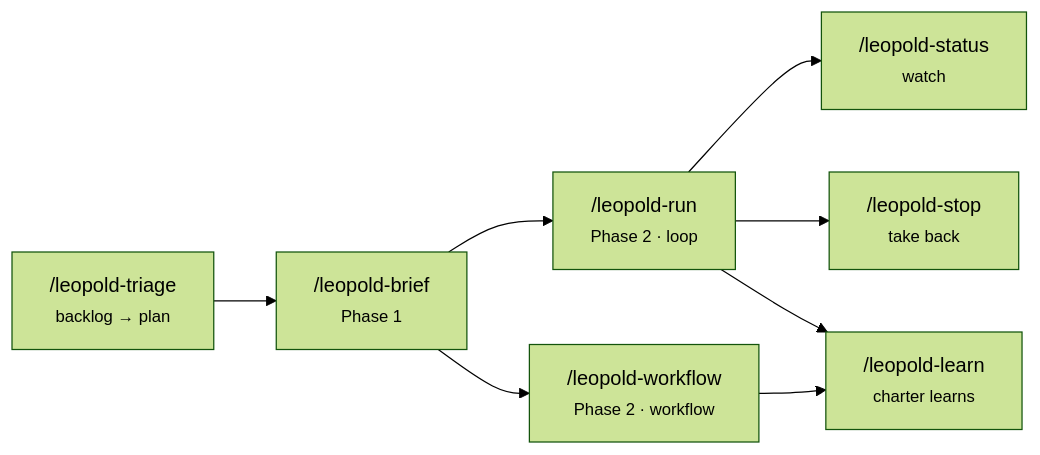
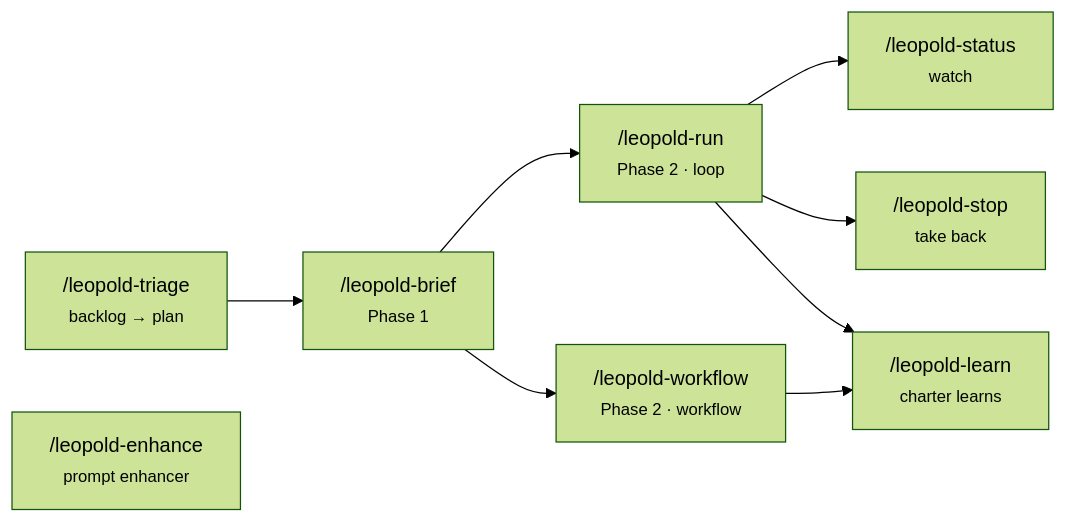
One commit to Jonhvmp/leopold changed the diagram in docs/reference/skills.md. Above: the diagram before and after it, drawn with Mermaid (forest theme). The commit also changed other lines of this file and 27 other files, not shown here.

````diff
--- a/docs/reference/skills.md
+++ b/docs/reference/skills.md
@@ -7,10 +7,11 @@
 ```mermaid
 flowchart LR
     B["/leopold-brief<br/><small>Phase 1</small>"] --> R["/leopold-run<br/><small>Phase 2 · loop</small>"]
     B --> W["/leopold-workflow<br/><small>Phase 2 · workflow</small>"]
     R --> S["/leopold-status<br/><small>watch</small>"]
     R --> X["/leopold-stop<br/><small>take back</small>"]
     R --> L["/leopold-learn<br/><small>charter learns</small>"]
     W --> L
     T["/leopold-triage<br/><small>backlog → plan</small>"] --> B
+    E["/leopold-enhance<br/><small>prompt enhancer</small>"]
 ```
````
